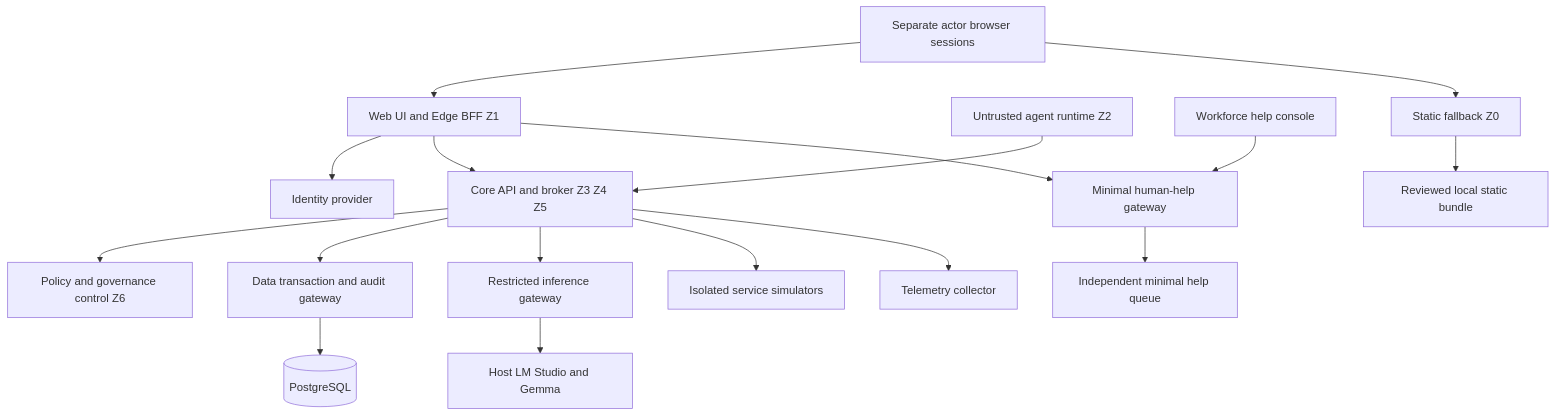
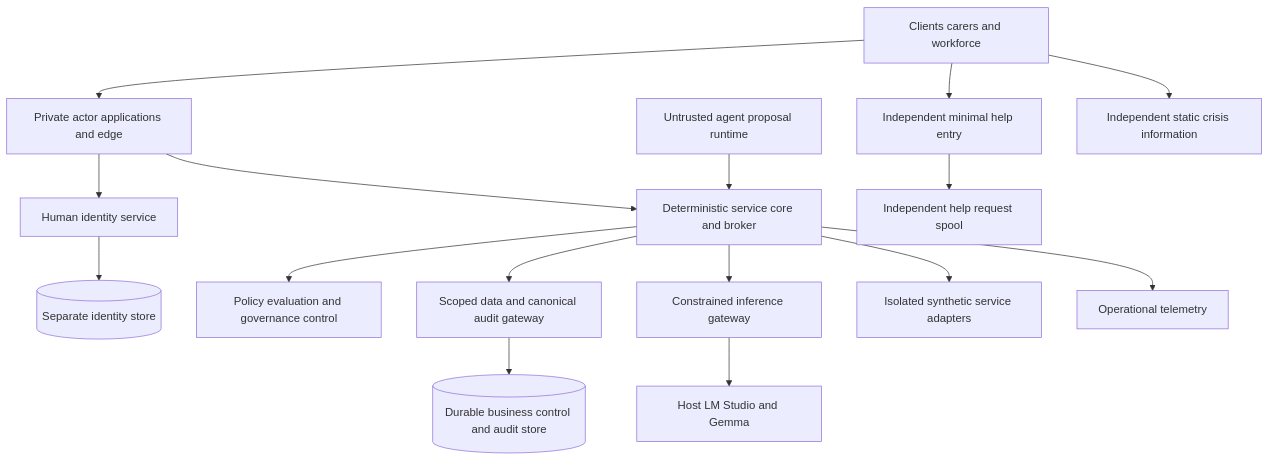
One commit to zencodeai/care-link-demo changed the diagram in doc/HLD/01-context-and-architecture.md. Above: the diagram before and after it, drawn with Mermaid. The commit also changed other lines of this file and 11 other files, not shown here.

Commit message:
docs: revise HLD around architectural responsibilities and service flows

````diff
--- a/doc/HLD/01-context-and-architecture.md
+++ b/doc/HLD/01-context-and-architecture.md
@@ -13,19 +13,18 @@
 ```mermaid
 flowchart TB
-  U[Separate actor browser sessions] --> E[Web UI and Edge BFF Z1]
-  E --> I[Identity provider]
-  E --> C[Core API and broker Z3 Z4 Z5]
-  E --> H[Minimal human-help gateway]
-  C --> P[Policy and governance control Z6]
-  C --> D[Data transaction and audit gateway]
-  D --> DB[(PostgreSQL)]
-  R[Untrusted agent runtime Z2] --> C
-  C --> G[Restricted inference gateway]
+  U[Clients carers and workforce] --> E[Private actor applications and edge]
+  E --> I[Human identity service]
+  E --> C[Deterministic service core and broker]
+  R[Untrusted agent proposal runtime] --> C
+  C --> P[Policy evaluation and governance control]
+  C --> D[Scoped data and canonical audit gateway]
+  D --> DB[(Durable business control and audit store)]
+  I --> ID[(Separate identity store)]
+  C --> G[Constrained inference gateway]
   G --> L[Host LM Studio and Gemma]
-  C --> X[Isolated service simulators]
-  H --> Q[Independent minimal help queue]
-  W[Workforce help console] --> H
-  C --> O[Telemetry collector]
-  F[Static fallback Z0] --> B[Reviewed local static bundle]
-  U --> F
+  C --> X[Isolated synthetic service adapters]
+  C --> O[Operational telemetry]
+  U --> H[Independent minimal help entry]
+  H --> Q[Independent help request spool]
+  U --> F[Independent static crisis information]
 ```
````
